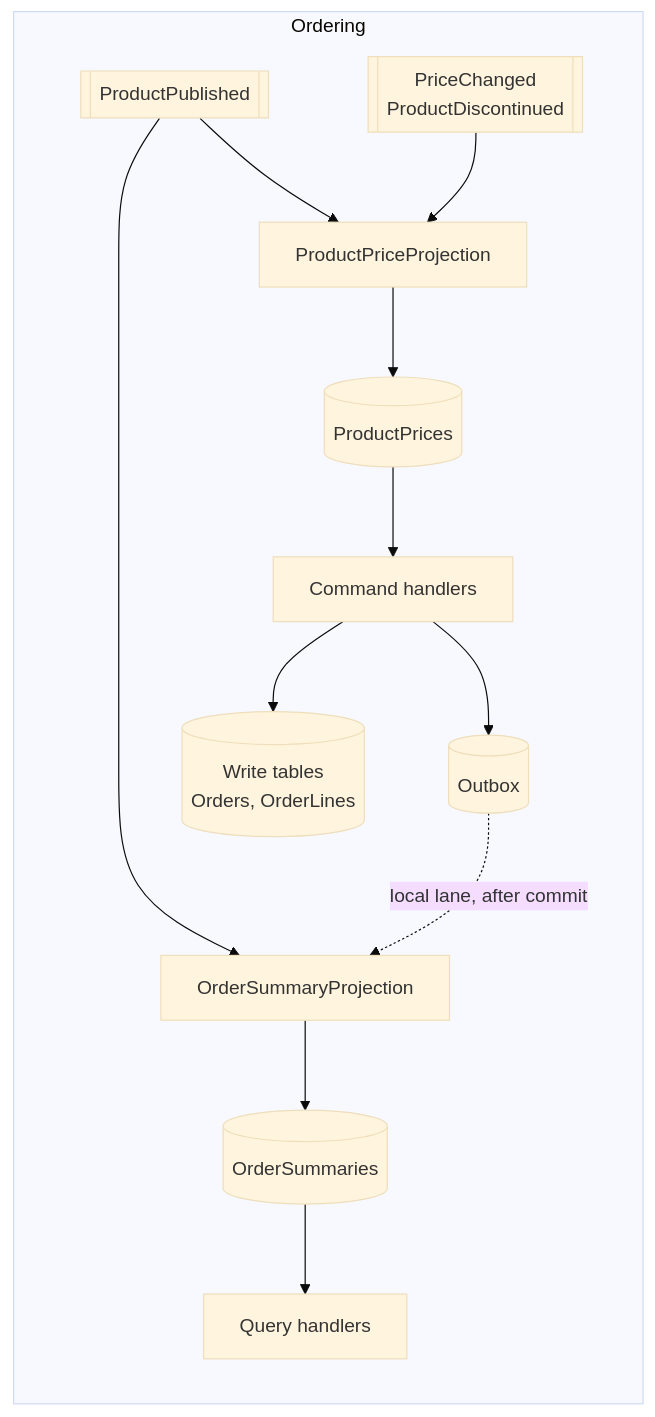
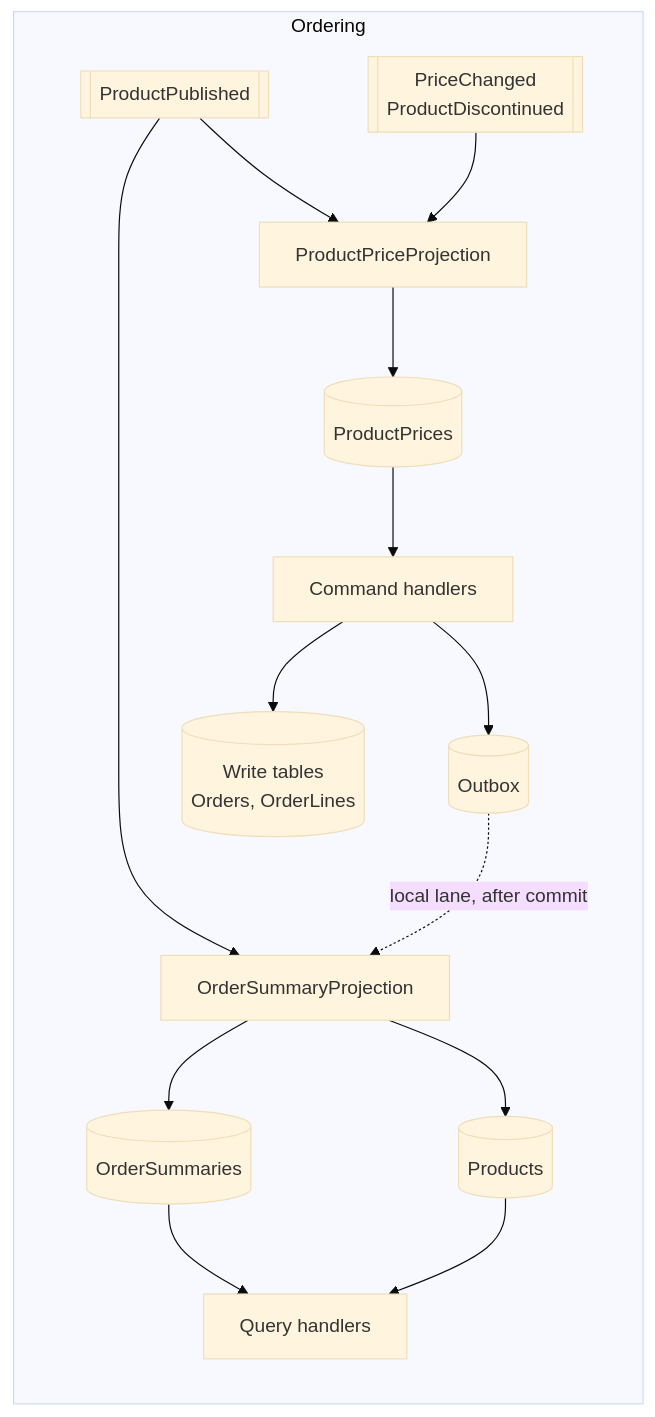
Before and after one commit to alexander-shamray/dotnet-ddd-blueprint: the diagram in docs/backend-architecture/06-cqrs.md, drawn with Mermaid (base theme). The commit also changed other lines of this file and 6 other files, not shown here.

````diff
--- a/docs/backend-architecture/06-cqrs.md
+++ b/docs/backend-architecture/06-cqrs.md
@@ -1149,15 +1152,17 @@
 ```mermaid
 graph LR
     subgraph Ordering
         CMD[Command handlers] --> WDB[(Write tables<br/>Orders, OrderLines)]
         CMD --> OB[(Outbox)]
         OB -.->|local lane, after commit| PROJ[OrderSummaryProjection]
         PUB[[ProductPublished]] --> PROJ
         PUB --> PP[ProductPriceProjection]
         CAT_EV[[PriceChanged<br/>ProductDiscontinued]] --> PP
         PROJ --> RDB[(OrderSummaries)]
+        PROJ --> PRD[(Products)]
         PP --> PDB[(ProductPrices)]
         RDB --> QRY[Query handlers]
+        PRD --> QRY
         PDB --> CMD
     end
 ```
````
